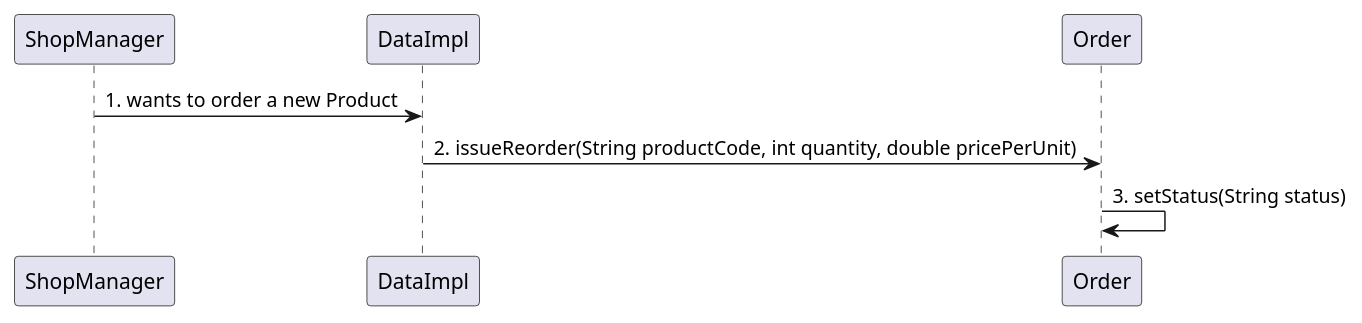
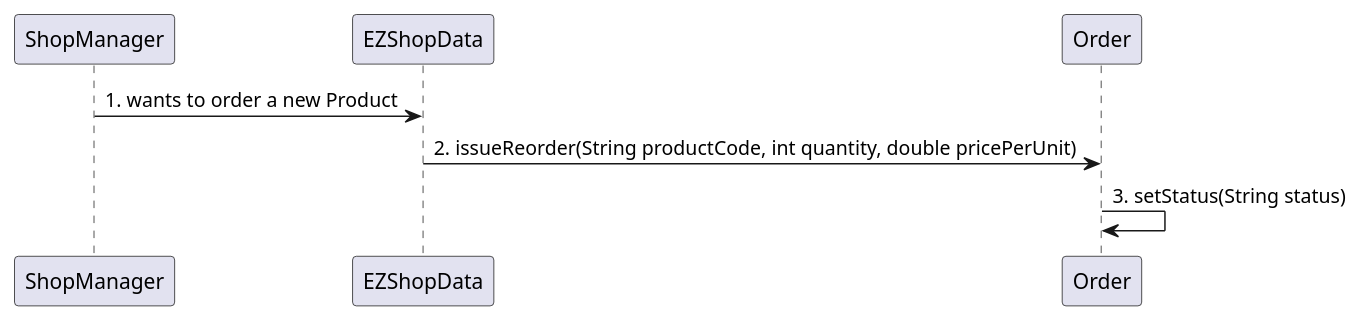
The ninth of 31 diagrams in Deliverables/DesignDocument.md (djemar/softeng_ezshop), drawn with PlantUML before and after one commit. The commit also changed other lines of this file, not shown here.

Commit message:
update SequenceDiagrams

````diff
--- a/Deliverables/DesignDocument.md
+++ b/Deliverables/DesignDocument.md
@@ -331,5 +331,5 @@
 ```plantuml
-"ShopManager" -> "DataImpl": 1. wants to order a new Product
-"DataImpl" -> "Order" : 2. issueReorder(String productCode, int quantity, double pricePerUnit)
+"ShopManager" -> "EZShopData": 1. wants to order a new Product
+"EZShopData" -> "Order" : 2. issueReorder(String productCode, int quantity, double pricePerUnit)
 "Order" -> "Order" : 3. setStatus(String status)
 ```
````
